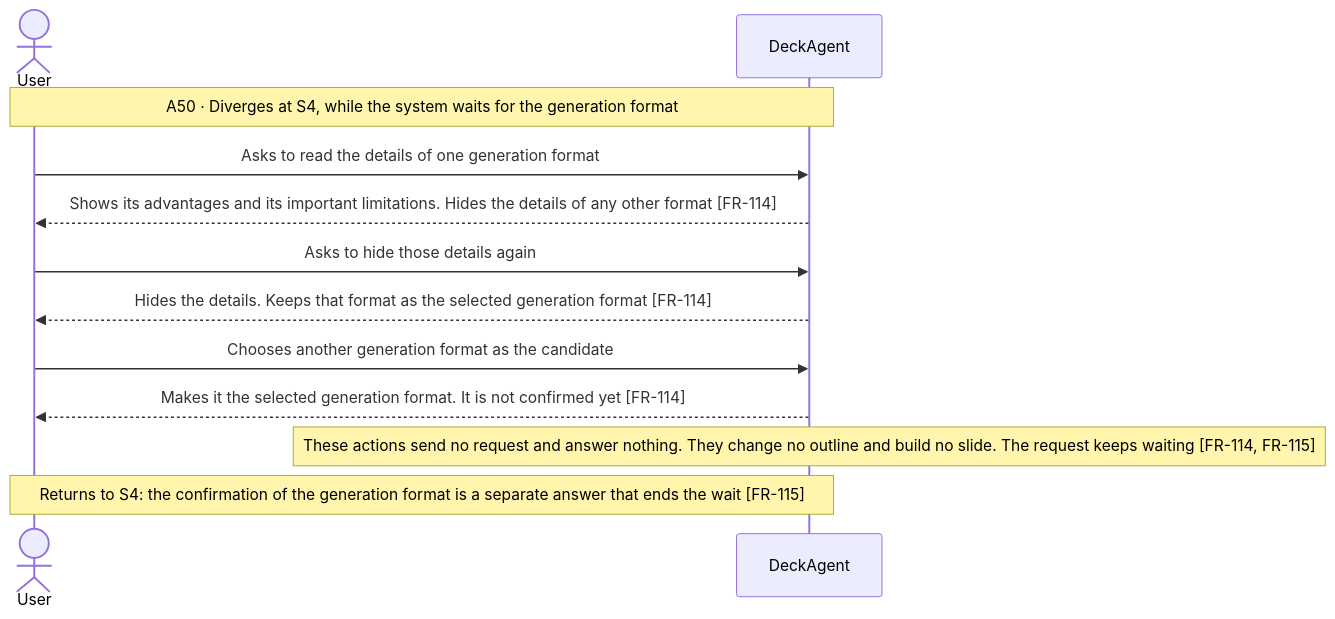
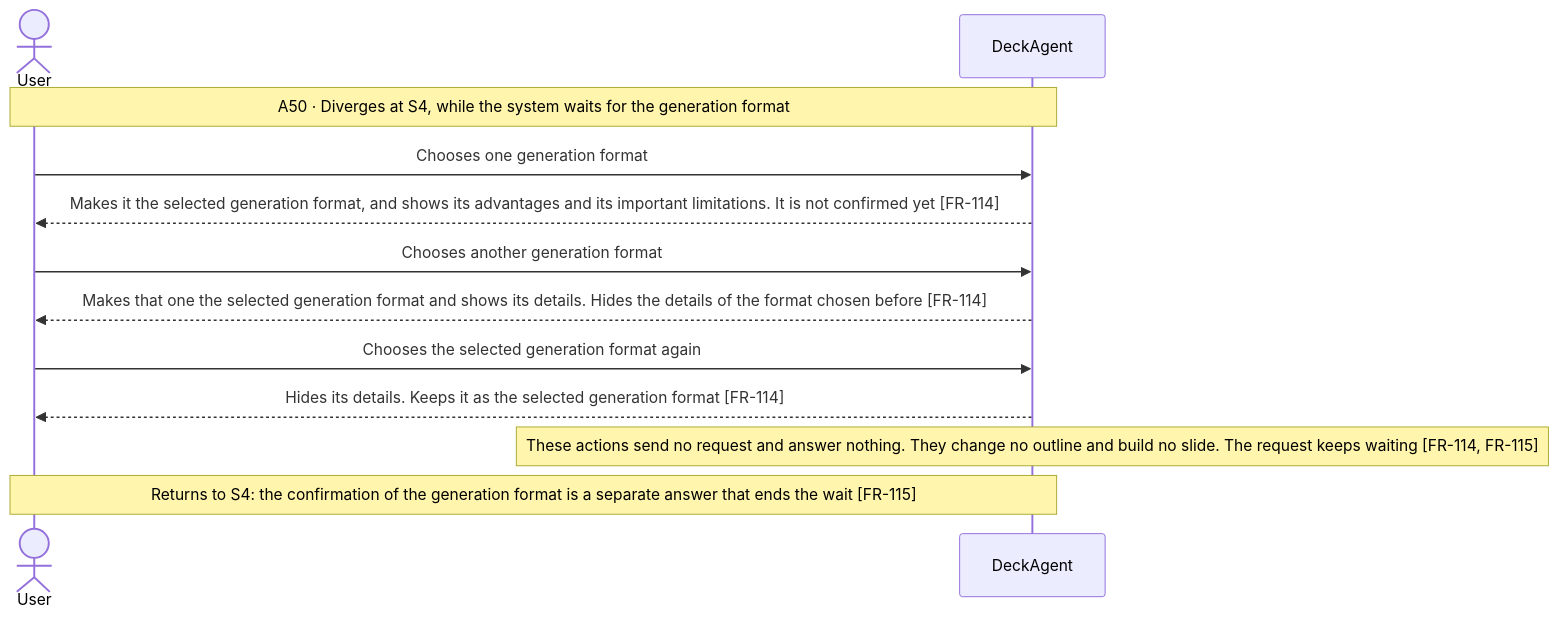
One commit to Luke23127006/DeckAgent changed diagram 31 of 32 in docs/spec/03-use-cases/UC-001.md. Above: the diagram before and after it, drawn with Mermaid. The commit also changed other lines of this file and 6 other files, not shown here.

````diff
--- a/docs/spec/03-use-cases/UC-001.md
+++ b/docs/spec/03-use-cases/UC-001.md
@@ -529,14 +534,14 @@
 ```mermaid
 sequenceDiagram
     actor User
     participant DeckAgent
     Note over User,DeckAgent: A50 · Diverges at S4, while the system waits for the generation format
-    User->>DeckAgent: Asks to read the details of one generation format
-    DeckAgent-->>User: Shows its advantages and its important limitations. Hides the details of any other format [FR-114]
-    User->>DeckAgent: Asks to hide those details again
-    DeckAgent-->>User: Hides the details. Keeps that format as the selected generation format [FR-114]
-    User->>DeckAgent: Chooses another generation format as the candidate
-    DeckAgent-->>User: Makes it the selected generation format. It is not confirmed yet [FR-114]
+    User->>DeckAgent: Chooses one generation format
+    DeckAgent-->>User: Makes it the selected generation format, and shows its advantages and its important limitations. It is not confirmed yet [FR-114]
+    User->>DeckAgent: Chooses another generation format
+    DeckAgent-->>User: Makes that one the selected generation format and shows its details. Hides the details of the format chosen before [FR-114]
+    User->>DeckAgent: Chooses the selected generation format again
+    DeckAgent-->>User: Hides its details. Keeps it as the selected generation format [FR-114]
     note over DeckAgent: These actions send no request and answer nothing. They change no outline and build no slide. The request keeps waiting [FR-114, FR-115]
     Note over User,DeckAgent: Returns to S4: the confirmation of the generation format is a separate answer that ends the wait [FR-115]
 ```
````
